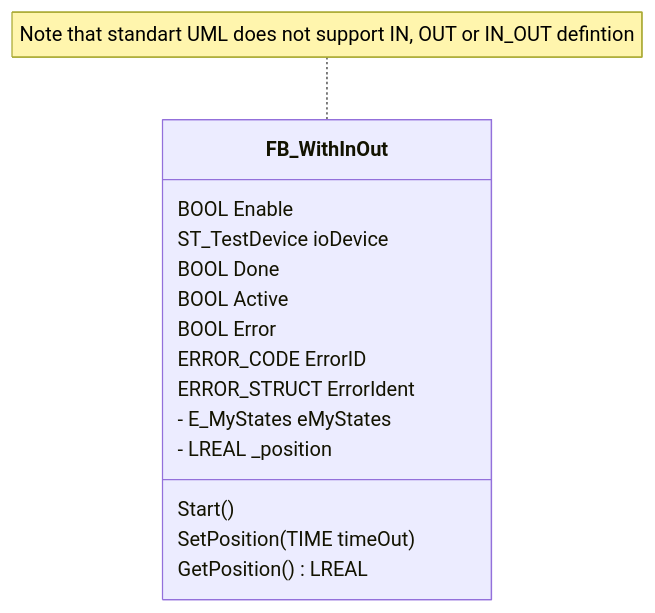
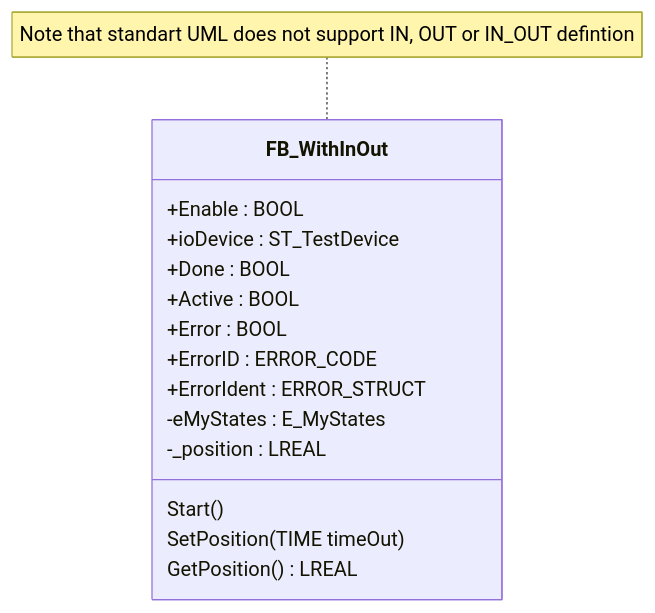
Before and after one commit to hei-synd-aaut/aaut-docs: the fourth of 11 diagrams in AAut_MOD_02_IEC_61131_OOP_InPractice/UML_With_Mermaid_For_61131.md, drawn with Mermaid. The commit also changed other lines of this file and 12 other files, not shown here.

````diff
--- a/AAut_MOD_02_IEC_61131_OOP_InPractice/UML_With_Mermaid_For_61131.md
+++ b/AAut_MOD_02_IEC_61131_OOP_InPractice/UML_With_Mermaid_For_61131.md
@@ -116,19 +128,19 @@
 ```mermaid
 classDiagram
   class FB_WithInOut {
-    BOOL Enable
-    ST_TestDevice ioDevice
-    BOOL Done
-    BOOL Active
-    BOOL Error
-    ERROR_CODE ErrorID
-    ERROR_STRUCT ErrorIdent
-    - E_MyStates eMyStates
-    - LREAL _position
+    +Enable : BOOL
+    +ioDevice : ST_TestDevice
+    +Done : BOOL
+    +Active : BOOL
+    +Error : BOOL
+    +ErrorID : ERROR_CODE
+    +ErrorIdent : ERROR_STRUCT
+    -eMyStates : E_MyStates 
+    -_position : LREAL 
   }
 note for FB_WithInOut "Note that standart UML does not support IN, OUT or IN_OUT defintion"
 
 FB_WithInOut : Start()
 FB_WithInOut : SetPosition(TIME timeOut)
 FB_WithInOut : GetPosition() LREAL
 ```
````
